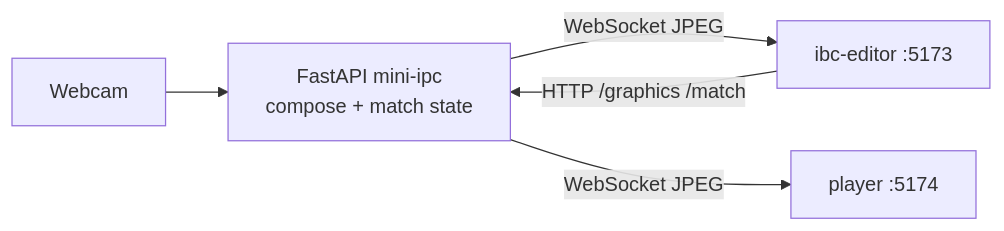
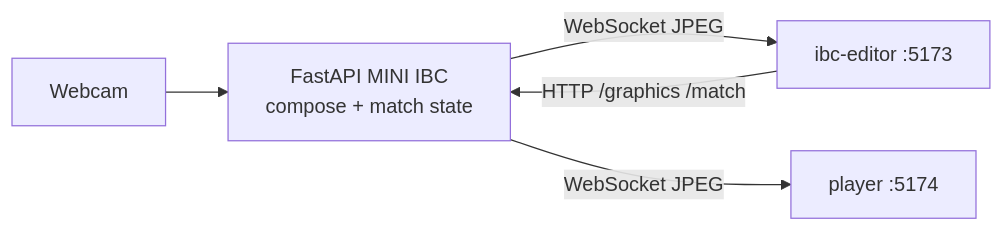
Before and after one commit to Suralmk/mini-ibc: the third of 3 diagrams in FIFA-IBC.md, drawn with Mermaid. The commit also changed other lines of this file and 10 other files, not shown here.

Commit message:
Rename project branding from mini-ipc to MINI IBC

````diff
--- a/FIFA-IBC.md
+++ b/FIFA-IBC.md
@@ -225,7 +225,7 @@
 ```mermaid
 flowchart LR
-  CAM["Webcam"] --> API["FastAPI mini-ipc<br/>compose + match state"]
+  CAM["Webcam"] --> API["FastAPI MINI IBC<br/>compose + match state"]
   API -->|WebSocket JPEG| ED["ibc-editor :5173"]
   API -->|WebSocket JPEG| PL["player :5174"]
   ED -->|HTTP /graphics /match| API
 ```
````
